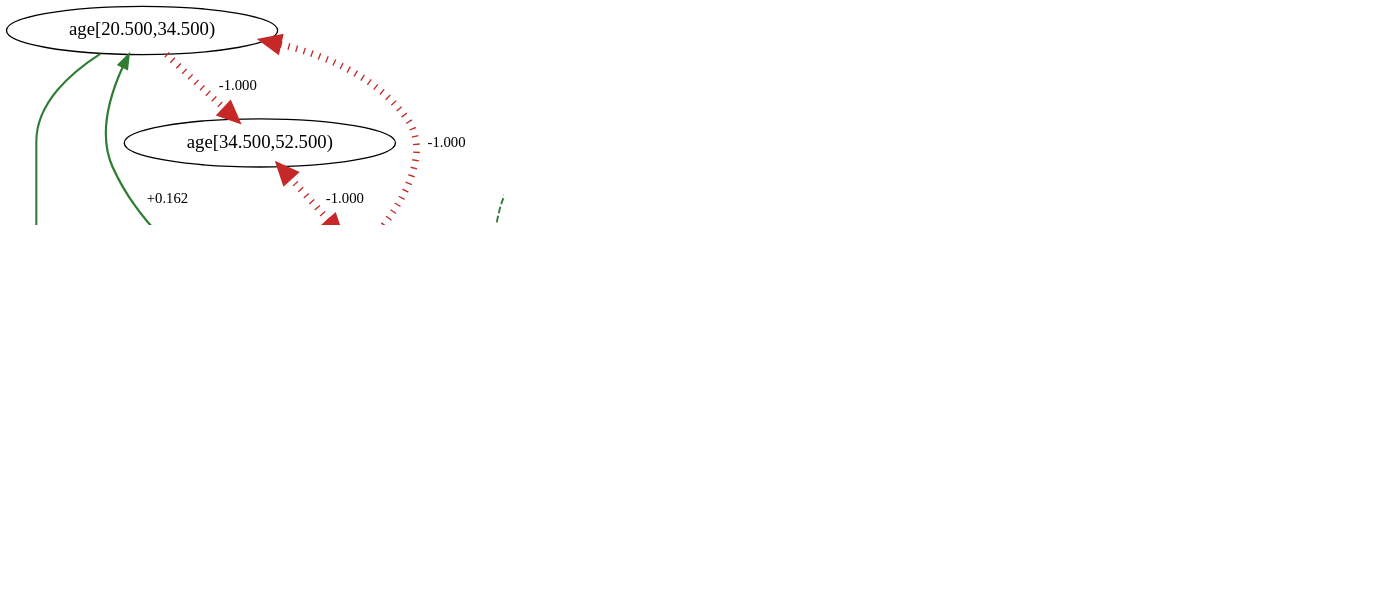
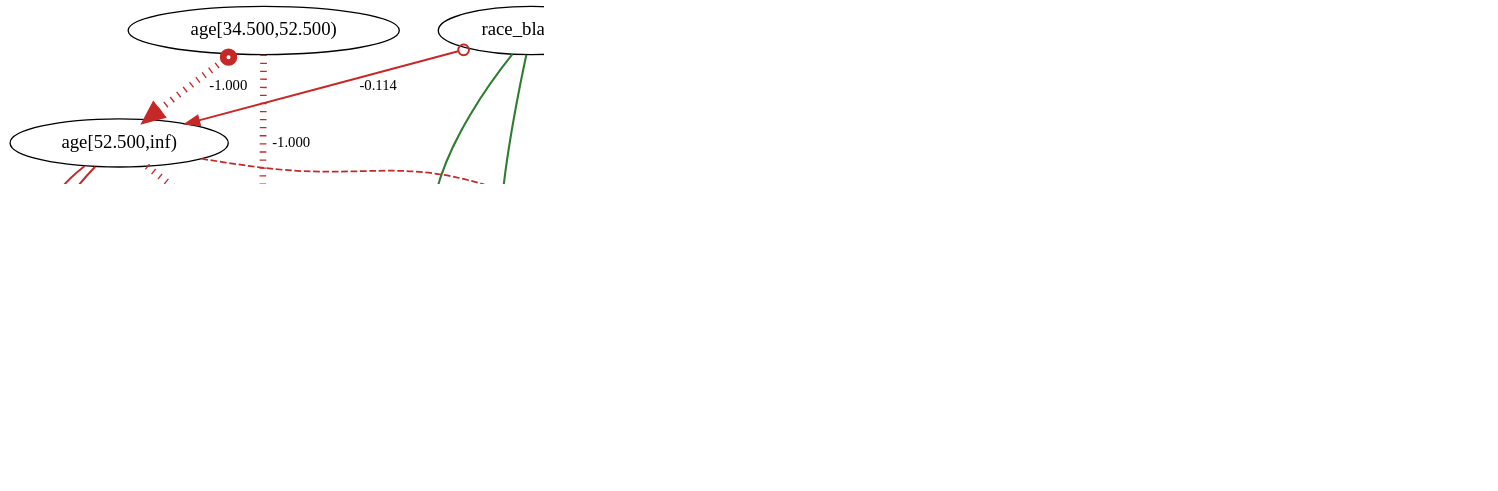
Before and after one commit to AKANEMO22/MedTCAX-Causal-Argumentative-Explainability: the diagram in causal_argumentation-main/outputs_compas/fci_experiment/discovery_fci_dropfirst_weighted.dot, drawn with Graphviz. The commit also changed 28 other files, not shown here.

```diff
--- a/causal_argumentation-main/outputs_compas/fci_experiment/discovery_fci_dropfirst_weighted.dot
+++ b/causal_argumentation-main/outputs_compas/fci_experiment/discovery_fci_dropfirst_weighted.dot
@@ -1,42 +1,44 @@
 digraph {
 fontsize=18;
 dpi=200;
 0 [label="age[20.500,34.500)"];
 1 [label="age[34.500,52.500)"];
 2 [label="age[52.500,inf)"];
 3 [label="priors_count[0.500,2.500)"];
 4 [label="priors_count[2.500,8.500)"];
 5 [label="priors_count[8.500,inf)"];
 6 [label="sex_1"];
 7 [label="race_black_1"];
 8 [label="c_charge_degree_1"];
 9 [label="juv_any_1"];
 10 [label="two_year_recid"];
-0 -> 1 [dir=both, arrowtail=none, arrowhead=normal, label=" -1.000 ", fontsize=11, style=dotted, color="#c62828", penwidth=5.0];
+1 -> 0 [dir=both, arrowtail=none, arrowhead=normal, label=" -1.000 ", fontsize=11, style=dotted, color="#c62828", penwidth=5.0];
 2 -> 0 [dir=both, arrowtail=none, arrowhead=normal, label=" -1.000 ", fontsize=11, style=dotted, color="#c62828", penwidth=5.0];
-0 -> 9 [dir=both, arrowtail=normal, arrowhead=normal, label=" +0.162 ", fontsize=11, color="#2e7d32", penwidth=1.648230543356622];
+0 -> 9 [dir=both, arrowtail=none, arrowhead=normal, label=" +0.162 ", fontsize=11, color="#2e7d32", penwidth=1.648230543356622];
 0 -> 10 [dir=both, arrowtail=none, arrowhead=normal, label=" +0.138 ", fontsize=11, color="#2e7d32", penwidth=1.5517675169583196];
-1 -> 2 [dir=both, arrowtail=normal, arrowhead=normal, label=" -1.000 ", fontsize=11, style=dotted, color="#c62828", penwidth=5.0];
-2 -> 7 [dir=both, arrowtail=normal, arrowhead=normal, label=" -0.114 ", fontsize=11, color="#c62828", penwidth=1.457527037320483];
-2 -> 8 [dir=both, arrowtail=normal, arrowhead=normal, label=" -0.073 ", fontsize=11, color="#c62828", style=dashed, penwidth=1.290765389674062];
-2 -> 9 [dir=both, arrowtail=normal, arrowhead=normal, label=" -0.131 ", fontsize=11, color="#c62828", penwidth=1.5226433082879962];
+1 -> 2 [dir=both, arrowtail=odot, arrowhead=normal, label=" -1.000 ", fontsize=11, style=dotted, color="#c62828", penwidth=5.0];
+7 -> 2 [dir=both, arrowtail=odot, arrowhead=normal, label=" -0.114 ", fontsize=11, color="#c62828", penwidth=1.457527037320483];
+2 -> 8 [dir=both, arrowtail=none, arrowhead=normal, label=" -0.073 ", fontsize=11, color="#c62828", style=dashed, penwidth=1.290765389674062];
+2 -> 9 [dir=both, arrowtail=none, arrowhead=normal, label=" -0.131 ", fontsize=11, color="#c62828", penwidth=1.5226433082879962];
 2 -> 10 [dir=both, arrowtail=none, arrowhead=normal, label=" -0.123 ", fontsize=11, color="#c62828", penwidth=1.491068065950465];
 3 -> 4 [dir=both, arrowtail=odot, arrowhead=normal, label=" -1.000 ", fontsize=11, style=dotted, color="#c62828", penwidth=5.0];
 3 -> 5 [dir=both, arrowtail=odot, arrowhead=normal, label=" -1.000 ", fontsize=11, style=dotted, color="#c62828", penwidth=5.0];
-4 -> 5 [dir=both, arrowtail=normal, arrowhead=normal, label=" -1.000 ", fontsize=11, style=dotted, color="#c62828", penwidth=5.0];
+4 -> 5 [dir=both, arrowtail=odot, arrowhead=normal, label=" -1.000 ", fontsize=11, style=dotted, color="#c62828", penwidth=5.0];
 6 -> 4 [dir=both, arrowtail=none, arrowhead=normal, label=" +0.057 ", fontsize=11, color="#2e7d32", style=dashed, penwidth=1.2294533702532011];
-4 -> 7 [dir=both, arrowtail=normal, arrowhead=normal, label=" +0.090 ", fontsize=11, color="#2e7d32", style=dashed, penwidth=1.361585587751374];
+7 -> 4 [dir=both, arrowtail=none, arrowhead=normal, label=" +0.090 ", fontsize=11, color="#2e7d32", style=dashed, penwidth=1.361585587751374];
 4 -> 8 [dir=both, arrowtail=normal, arrowhead=normal, label=" +0.076 ", fontsize=11, color="#2e7d32", style=dashed, penwidth=1.3058592650810872];
 4 -> 10 [dir=both, arrowtail=none, arrowhead=normal, label=" +0.159 ", fontsize=11, color="#2e7d32", penwidth=1.6378864134807656];
-6 -> 5 [dir=both, arrowtail=odot, arrowhead=normal, label=" +0.089 ", fontsize=11, color="#2e7d32", style=dashed, penwidth=1.3570876081636278];
-5 -> 7 [dir=both, arrowtail=none, arrowhead=normal, label=" +0.171 ", fontsize=11, color="#2e7d32", penwidth=1.6843129734822813];
+6 -> 5 [dir=both, arrowtail=none, arrowhead=normal, label=" +0.089 ", fontsize=11, color="#2e7d32", style=dashed, penwidth=1.3570876081636278];
+7 -> 5 [dir=both, arrowtail=none, arrowhead=normal, label=" +0.171 ", fontsize=11, color="#2e7d32", penwidth=1.6843129734822813];
 5 -> 8 [dir=both, arrowtail=normal, arrowhead=normal, label=" +0.105 ", fontsize=11, color="#2e7d32", penwidth=1.4198233758412362];
 5 -> 9 [dir=both, arrowtail=normal, arrowhead=normal, label=" +0.233 ", fontsize=11, color="#2e7d32", penwidth=1.9317842910788952];
 5 -> 10 [dir=both, arrowtail=none, arrowhead=normal, label=" +0.219 ", fontsize=11, color="#2e7d32", penwidth=1.8747230585069365];
-6 -> 8 [dir=both, arrowtail=normal, arrowhead=normal, label=" +0.062 ", fontsize=11, color="#2e7d32", style=dashed, penwidth=1.2473923026476825];
-6 -> 9 [dir=both, arrowtail=normal, arrowhead=normal, label=" +0.096 ", fontsize=11, color="#2e7d32", style=dashed, penwidth=1.385468419248161];
+6 -> 8 [dir=both, arrowtail=none, arrowhead=normal, label=" +0.062 ", fontsize=11, color="#2e7d32", style=dashed, penwidth=1.2473923026476825];
+6 -> 9 [dir=both, arrowtail=none, arrowhead=normal, label=" +0.096 ", fontsize=11, color="#2e7d32", style=dashed, penwidth=1.385468419248161];
 6 -> 10 [dir=both, arrowtail=none, arrowhead=normal, label=" +0.101 ", fontsize=11, color="#2e7d32", penwidth=1.4036440942052206];
-7 -> 8 [dir=both, arrowtail=normal, arrowhead=normal, label=" +0.104 ", fontsize=11, color="#2e7d32", penwidth=1.4161881076625997];
+7 -> 8 [dir=both, arrowtail=none, arrowhead=normal, label=" +0.104 ", fontsize=11, color="#2e7d32", penwidth=1.4161881076625997];
+7 -> 9 [dir=both, arrowtail=none, arrowhead=normal, label=" +0.138 ", fontsize=11, color="#2e7d32", penwidth=1.5523746222105461];
+7 -> 10 [dir=both, arrowtail=none, arrowhead=normal, label=" +0.141 ", fontsize=11, color="#2e7d32", penwidth=1.5624367867262003];
 8 -> 10 [dir=both, arrowtail=none, arrowhead=normal, label=" +0.120 ", fontsize=11, color="#2e7d32", penwidth=1.4813297591010128];
 9 -> 10 [dir=both, arrowtail=none, arrowhead=normal, label=" +0.194 ", fontsize=11, color="#2e7d32", penwidth=1.7754492637667452];
 }
```
